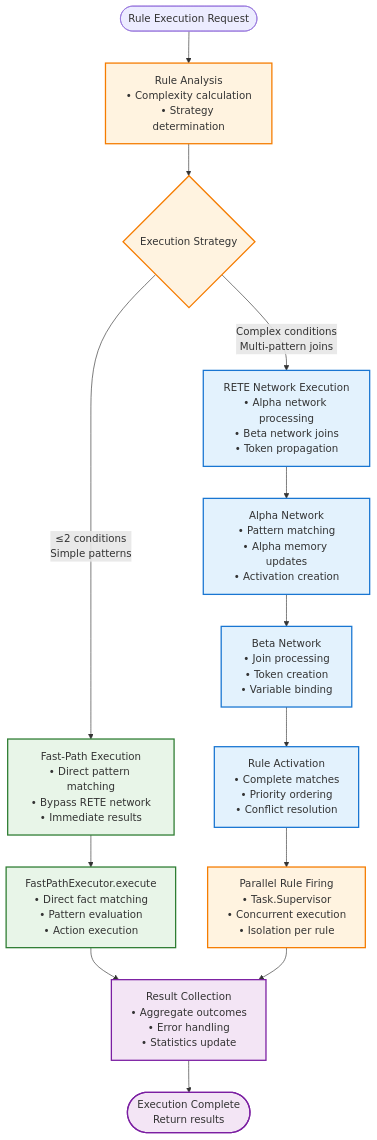
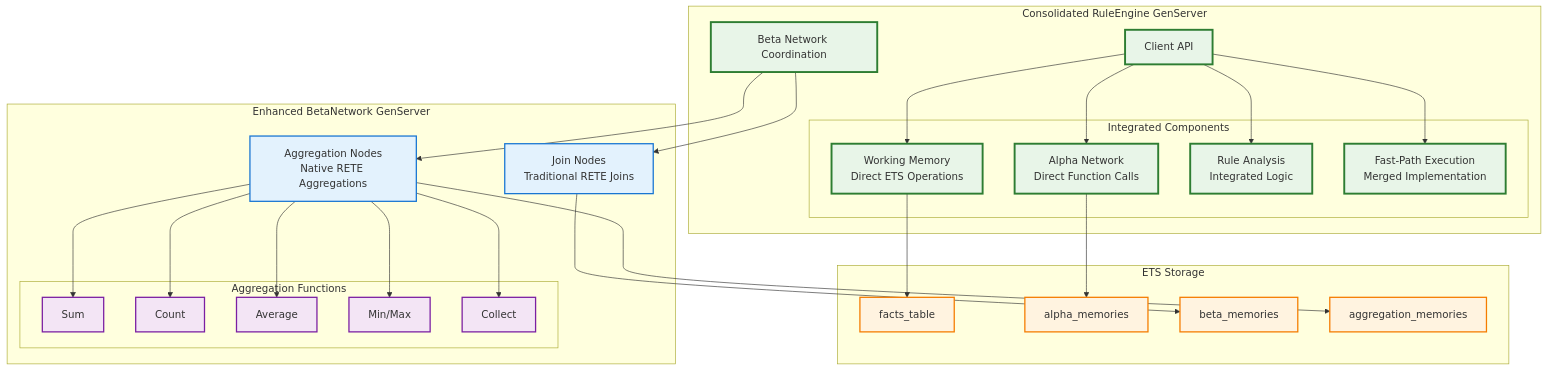
Before and after one commit to hl/presto: the third of 6 diagrams in specs/architecture.md, drawn with Mermaid. The commit also changed other lines of this file and 11 other files, not shown here.

First line of the commit message:
docs: update all markdown files for BSSN simplification and RETE-native aggregations

````diff
--- a/specs/architecture.md
+++ b/specs/architecture.md
@@ -489,36 +232,63 @@
 ```mermaid
 flowchart TD
-    Start(["Rule Execution Request"]) --> Analysis["Rule Analysis<br/>• Complexity calculation<br/>• Strategy determination"]
+    subgraph "Consolidated RuleEngine GenServer"
+        API[Client API]
+        
+        subgraph "Integrated Components"
+            WM[Working Memory<br/>Direct ETS Operations]
+            AN[Alpha Network<br/>Direct Function Calls]
+            RA[Rule Analysis<br/>Integrated Logic]
+            FP[Fast-Path Execution<br/>Merged Implementation]
+        end
+        
+        Coordination[Beta Network Coordination]
+    end
     
-    Analysis --> Strategy{"Execution Strategy"}
+    subgraph "Enhanced BetaNetwork GenServer"
+        JoinNodes[Join Nodes<br/>Traditional RETE Joins]
+        AggNodes[Aggregation Nodes<br/>Native RETE Aggregations]
+        
+        subgraph "Aggregation Functions"
+            Sum[Sum]
+            Count[Count]
+            Avg[Average]
+            MinMax[Min/Max]
+            Collect[Collect]
+        end
+    end
     
-    Strategy -->|"≤2 conditions<br/>Simple patterns"| FastPath["Fast-Path Execution<br/>• Direct pattern matching<br/>• Bypass RETE network<br/>• Immediate results"]
+    subgraph "ETS Storage"
+        FactsETS[facts_table]
+        AlphaETS[alpha_memories]
+        BetaETS[beta_memories]
+        AggETS[aggregation_memories]
+    end
     
-    Strategy -->|"Complex conditions<br/>Multi-pattern joins"| RETENetwork["RETE Network Execution<br/>• Alpha network processing<br/>• Beta network joins<br/>• Token propagation"]
+    API --> WM
+    API --> AN
+    API --> RA
+    API --> FP
     
-    FastPath --> FastExecution["FastPathExecutor.execute<br/>• Direct fact matching<br/>• Pattern evaluation<br/>• Action execution"]
+    WM --> FactsETS
+    AN --> AlphaETS
+    Coordination --> JoinNodes
+    Coordination --> AggNodes
     
-    RETENetwork --> AlphaProcessing["Alpha Network<br/>• Pattern matching<br/>• Alpha memory updates<br/>• Activation creation"]
+    JoinNodes --> BetaETS
+    AggNodes --> Sum
+    AggNodes --> Count
+    AggNodes --> Avg
+    AggNodes --> MinMax
+    AggNodes --> Collect
+    AggNodes --> AggETS
     
-    AlphaProcessing --> BetaProcessing["Beta Network<br/>• Join processing<br/>• Token creation<br/>• Variable binding"]
+    classDef consolidated fill:#e8f5e8,stroke:#2e7d32,stroke-width:3px
+    classDef enhanced fill:#e3f2fd,stroke:#1976d2,stroke-width:2px
+    classDef storage fill:#fff3e0,stroke:#f57c00,stroke-width:2px
+    classDef aggregation fill:#f3e5f5,stroke:#7b1fa2,stroke-width:2px
     
-    BetaProcessing --> RuleActivation["Rule Activation<br/>• Complete matches<br/>• Priority ordering<br/>• Conflict resolution"]
-    
-    FastExecution --> ResultCollection["Result Collection<br/>• Aggregate outcomes<br/>• Error handling<br/>• Statistics update"]
-    
-    RuleActivation --> ParallelExecution["Parallel Rule Firing<br/>• Task.Supervisor<br/>• Concurrent execution<br/>• Isolation per rule"]
-    
-    ParallelExecution --> ResultCollection
-    
-    ResultCollection --> End(["Execution Complete<br/>Return results"])
-    
-    classDef fastPath fill:#e8f5e8,stroke:#2e7d32,stroke-width:2px
-    classDef reteNetwork fill:#e3f2fd,stroke:#1976d2,stroke-width:2px
-    classDef processing fill:#fff3e0,stroke:#f57c00,stroke-width:2px
-    classDef result fill:#f3e5f5,stroke:#7b1fa2,stroke-width:2px
-    
-    class FastPath,FastExecution fastPath
-    class RETENetwork,AlphaProcessing,BetaProcessing,RuleActivation reteNetwork
-    class Analysis,Strategy,ParallelExecution processing
-    class ResultCollection,End result
+    class API,WM,AN,RA,FP,Coordination consolidated
+    class JoinNodes,AggNodes enhanced
+    class FactsETS,AlphaETS,BetaETS,AggETS storage
+    class Sum,Count,Avg,MinMax,Collect aggregation
 ```
````
